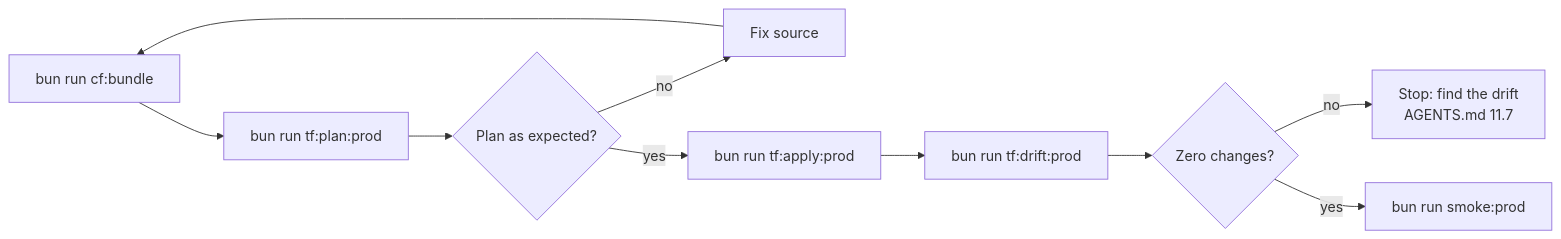
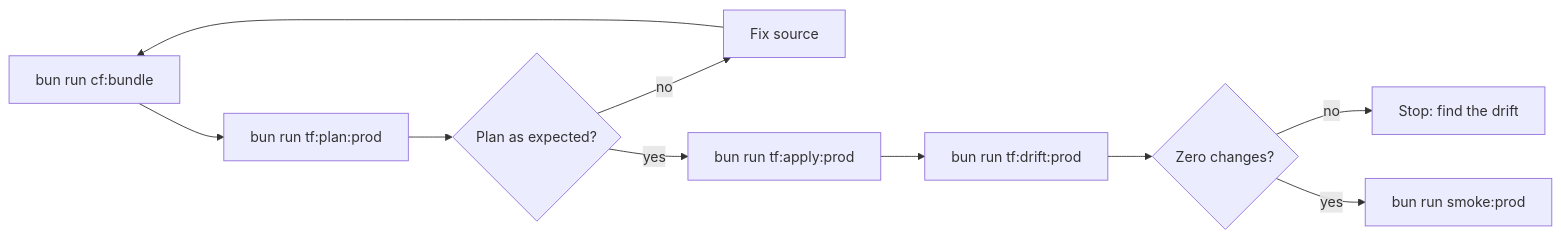
The diagram in docs/operations/deploy.md (nsudhanva/rhumbatron), drawn with Mermaid before and after one commit. The commit also changed other lines of this file and 50 other files, not shown here.

````diff
--- a/docs/operations/deploy.md
+++ b/docs/operations/deploy.md
@@ -13,11 +13,11 @@
 ```mermaid
 flowchart LR
   b[bun run cf:bundle] --> p[bun run tf:plan:prod]
   p --> r{Plan as expected?}
   r -->|no| fix[Fix source] --> b
   r -->|yes| a[bun run tf:apply:prod]
   a --> d[bun run tf:drift:prod]
   d --> c{Zero changes?}
-  c -->|no| drift[Stop: find the drift<br/>AGENTS.md 11.7]
+  c -->|no| drift[Stop: find the drift]
   c -->|yes| s[bun run smoke:prod]
 ```
````
